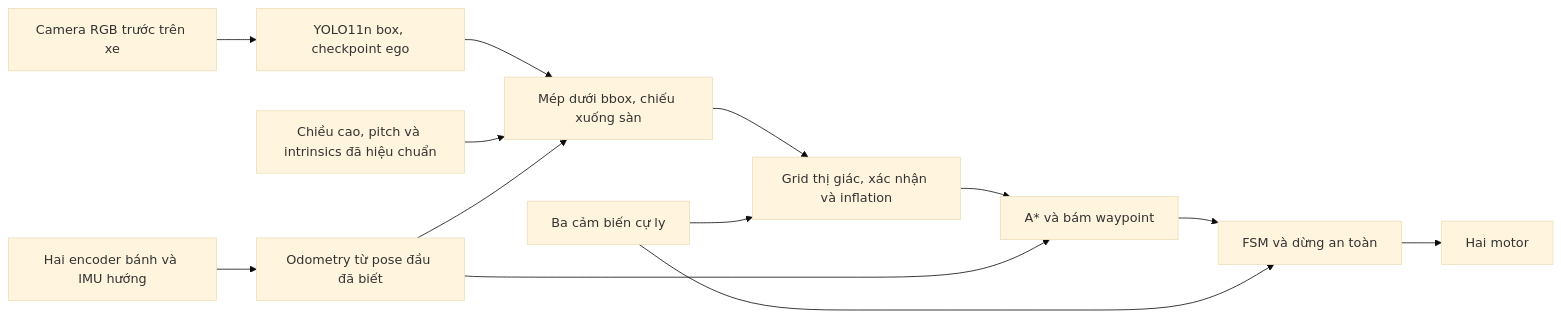
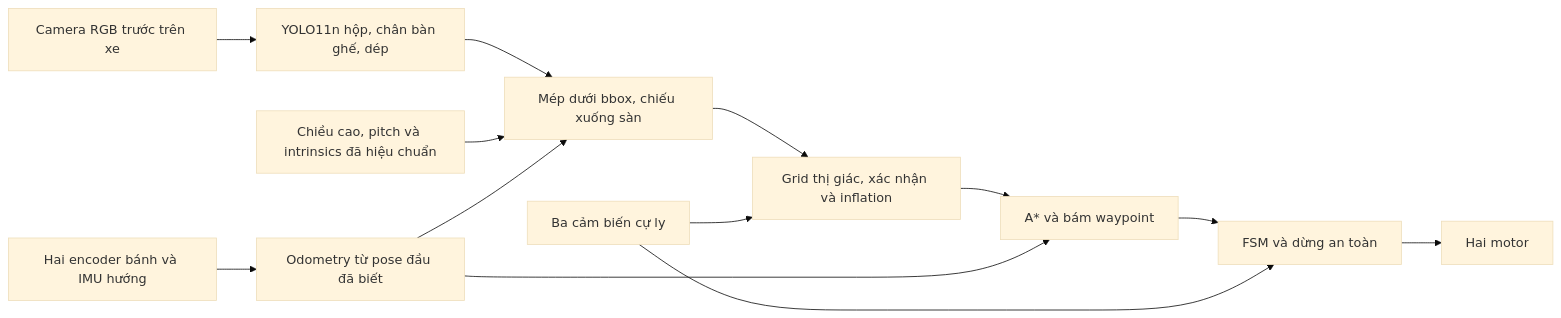
One commit to hung230206/indoor-autonomous-robot changed the diagram in docs/ego-vision.md. Above: the diagram before and after it, drawn with Mermaid (base theme). The commit also changed other lines of this file and 663 other files, not shown here.

````diff
--- a/docs/ego-vision.md
+++ b/docs/ego-vision.md
@@ -29,15 +31,15 @@
 ```mermaid
 flowchart LR
-  RGB[Camera RGB trước trên xe] --> YOLO[YOLO11n box, checkpoint ego]
+  RGB[Camera RGB trước trên xe] --> YOLO[YOLO11n hộp, chân bàn ghế, dép]
   YOLO --> CONTACT[Mép dưới bbox, chiếu xuống sàn]
   CAL[Chiều cao, pitch và intrinsics đã hiệu chuẩn] --> CONTACT
   ENC[Hai encoder bánh và IMU hướng] --> ODOM[Odometry từ pose đầu đã biết]
   ODOM --> CONTACT
   CONTACT --> GRID[Grid thị giác, xác nhận và inflation]
   RANGE[Ba cảm biến cự ly] --> GRID
   GRID --> PLAN[A* và bám waypoint]
   ODOM --> PLAN
   PLAN --> FSM[FSM và dừng an toàn]
   RANGE --> FSM
   FSM --> MOTOR[Hai motor]
 ```
````
